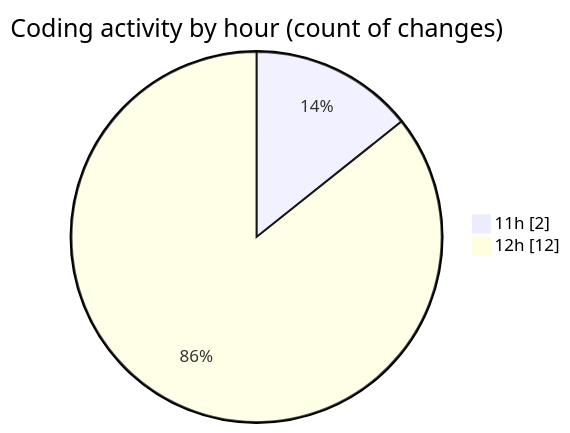
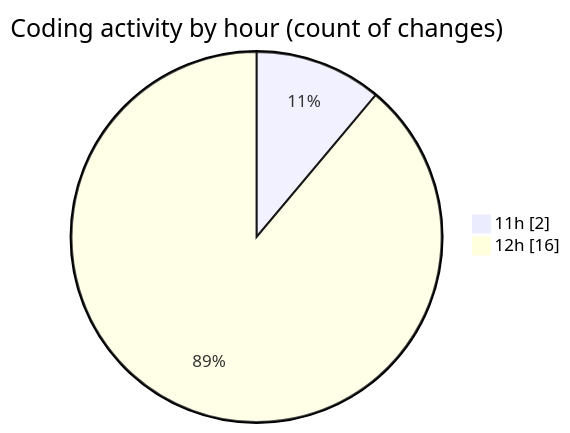
The second of 2 diagrams in 2025-10-05/laravel-penyewaan-lapangan-futsal/README.md (idhammustaqopulfikri/code-tracking), drawn with Mermaid before and after one commit. The commit also changed other lines of this file and 1 other file, not shown here.

````diff
--- a/2025-10-05/laravel-penyewaan-lapangan-futsal/README.md
+++ b/2025-10-05/laravel-penyewaan-lapangan-futsal/README.md
@@ -35,6 +35,6 @@
 ```mermaid
 pie showData
 title Coding activity by hour (count of changes)
 "11h" : 2
-"12h" : 12
+"12h" : 16
 ```
````
